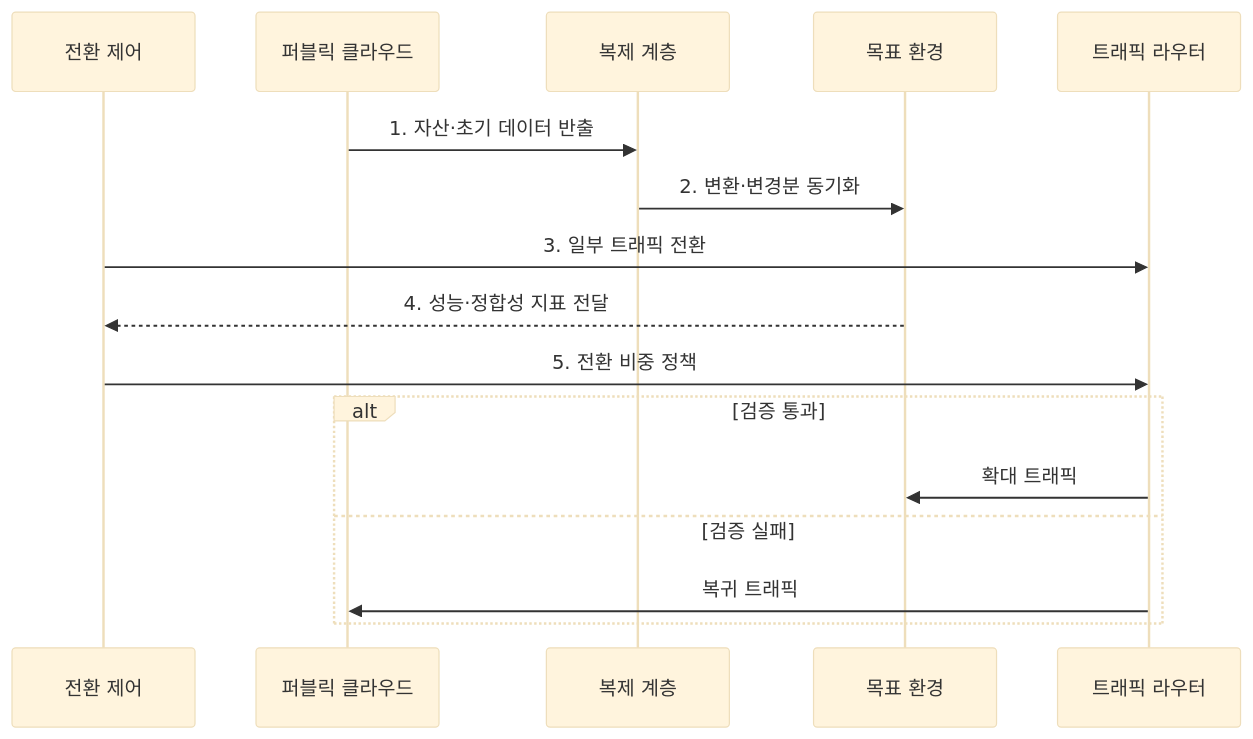
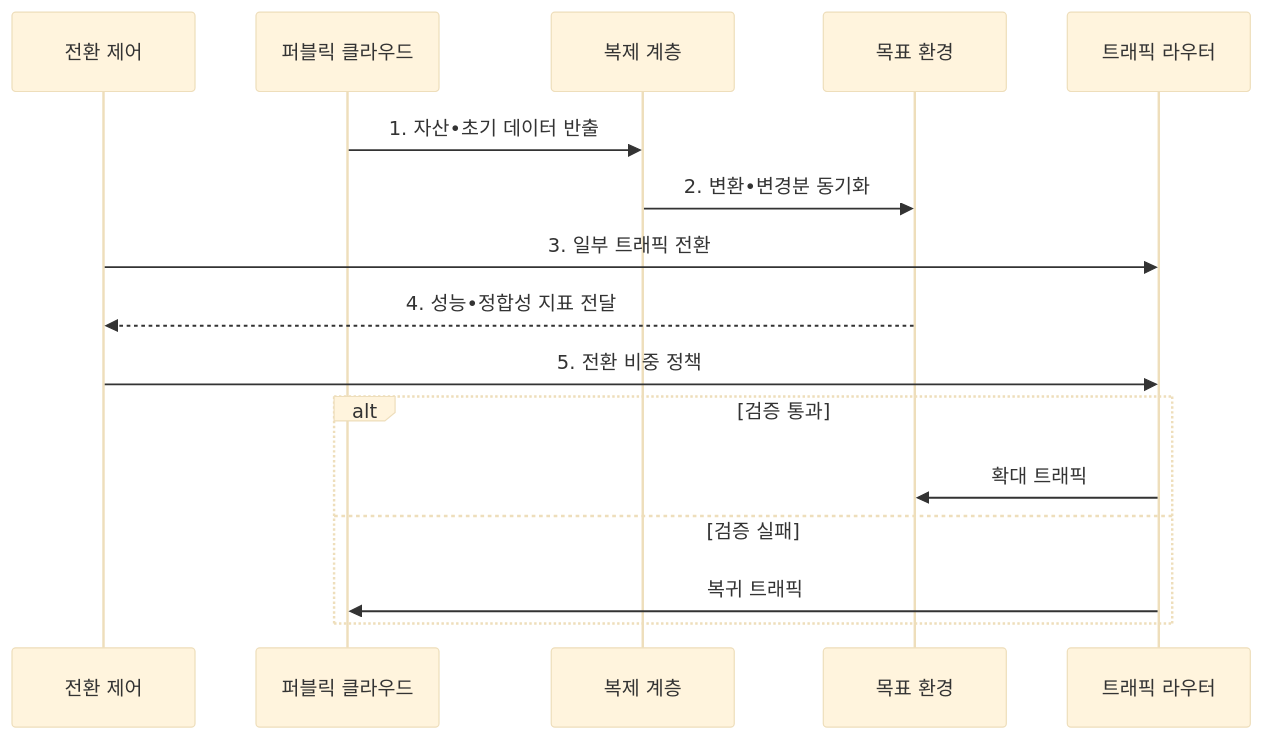
The second of 2 diagrams in src/content/docs/notes/03-software/169_cloud_repatriation.md (agnusdei1207/knowledge-base), drawn with Mermaid (base theme) before and after one commit. The commit also changed other lines of this file and 953 other files, not shown here.

````diff
--- a/src/content/docs/notes/03-software/169_cloud_repatriation.md
+++ b/src/content/docs/notes/03-software/169_cloud_repatriation.md
@@ -109,18 +109,18 @@
 ```mermaid
 sequenceDiagram
     participant O as 전환 제어
     participant C as 퍼블릭 클라우드
     participant R as 복제 계층
     participant T as 목표 환경
     participant G as 트래픽 라우터
-    C->>R: 1. 자산·초기 데이터 반출
-    R->>T: 2. 변환·변경분 동기화
+    C->>R: 1. 자산•초기 데이터 반출
+    R->>T: 2. 변환•변경분 동기화
     O->>G: 3. 일부 트래픽 전환
-    T-->>O: 4. 성능·정합성 지표 전달
+    T-->>O: 4. 성능•정합성 지표 전달
     O->>G: 5. 전환 비중 정책
     alt 검증 통과
         G->>T: 확대 트래픽
     else 검증 실패
         G->>C: 복귀 트래픽
     end
 ```
````
